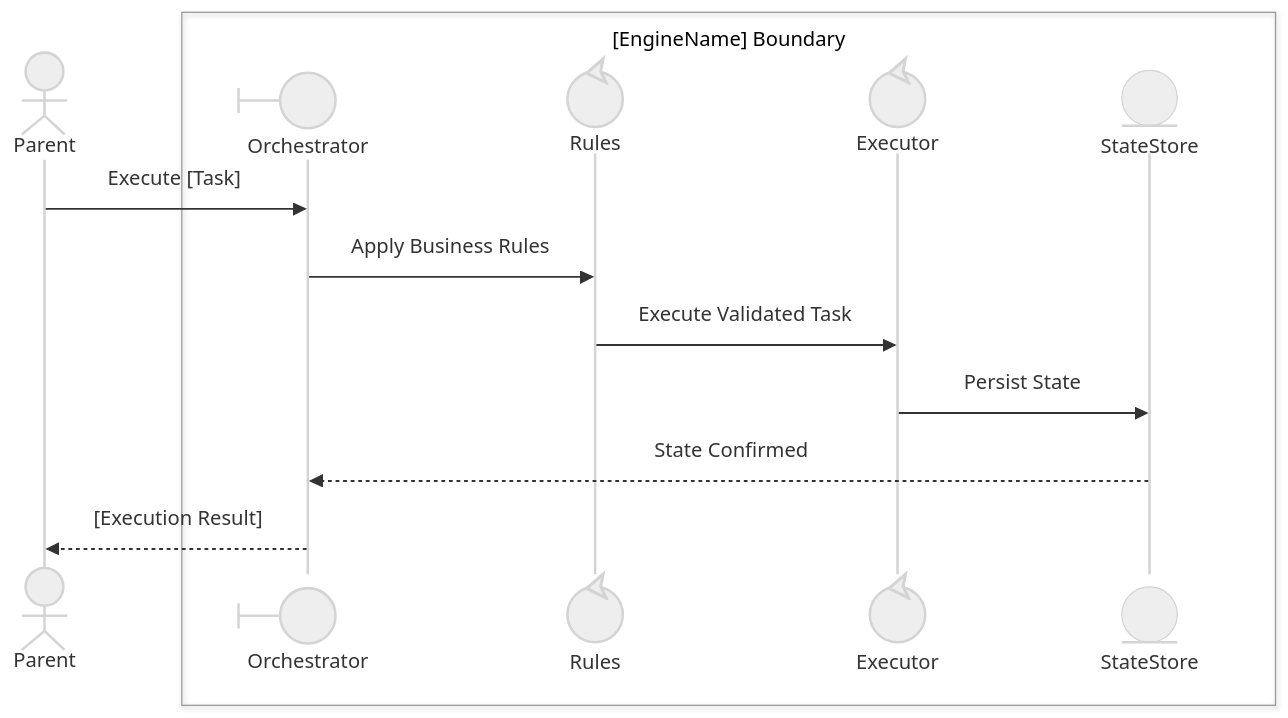
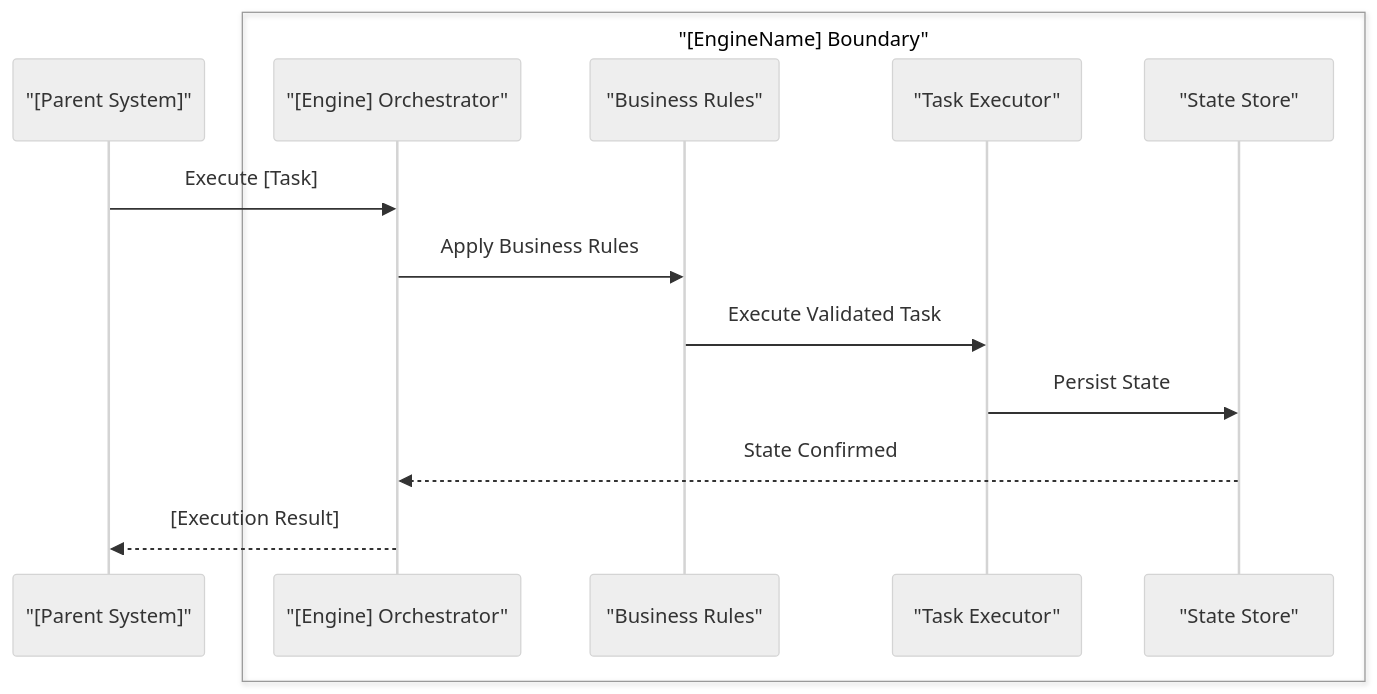
The second of 6 diagrams in .github/skills/hierarchy-management/references/decomposition-patterns.md (zhongadamwang/AI_Slowcooker), drawn with Mermaid (neutral theme) before and after one commit. The commit also changed other lines of this file and 6 other files, not shown here.

````diff
--- a/.github/skills/hierarchy-management/references/decomposition-patterns.md
+++ b/.github/skills/hierarchy-management/references/decomposition-patterns.md
@@ -70,18 +71,19 @@
 ```mermaid
 sequenceDiagram
-    participant Parent@{ "type": "actor", "label": "[Parent System]" }
+    %% Stereotypes: Parent=actor | Orchestrator=boundary, Rules=control, Executor=control, StateStore=entity
+    participant Parent as "[Parent System]"
 
-    box [EngineName] Boundary
-        participant Orchestrator@{ "type": "boundary", "label": "[Engine] Orchestrator" }
-        participant Rules@{ "type": "control", "label": "Business Rules" }
-        participant Executor@{ "type": "control", "label": "Task Executor" }
-        participant StateStore@{ "type": "entity", "label": "State Store" }
+    box "[EngineName] Boundary"
+        participant Orchestrator as "[Engine] Orchestrator"
+        participant Rules as "Business Rules"
+        participant Executor as "Task Executor"
+        participant StateStore as "State Store"
     end
 
     Parent->>Orchestrator: Execute [Task]
     Orchestrator->>Rules: Apply Business Rules
     Rules->>Executor: Execute Validated Task
     Executor->>StateStore: Persist State
     StateStore-->>Orchestrator: State Confirmed
     Orchestrator-->>Parent: [Execution Result]
 ```
````
